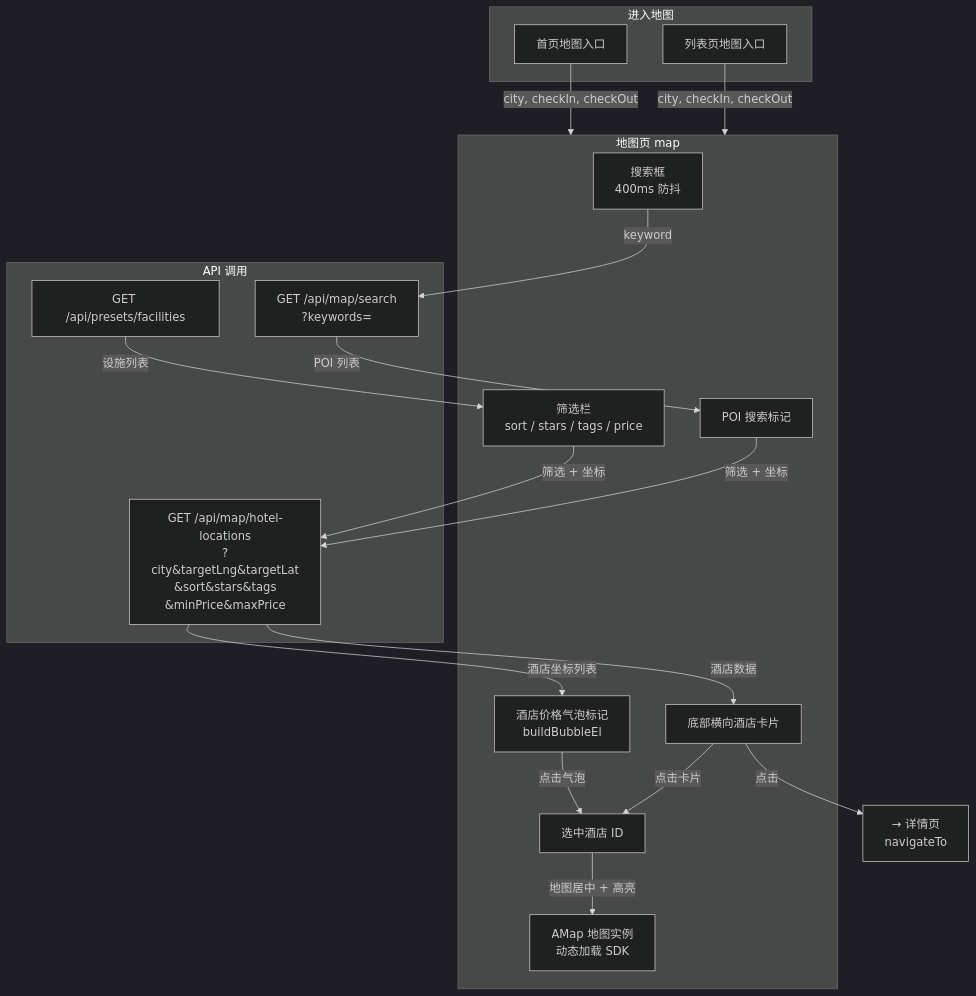
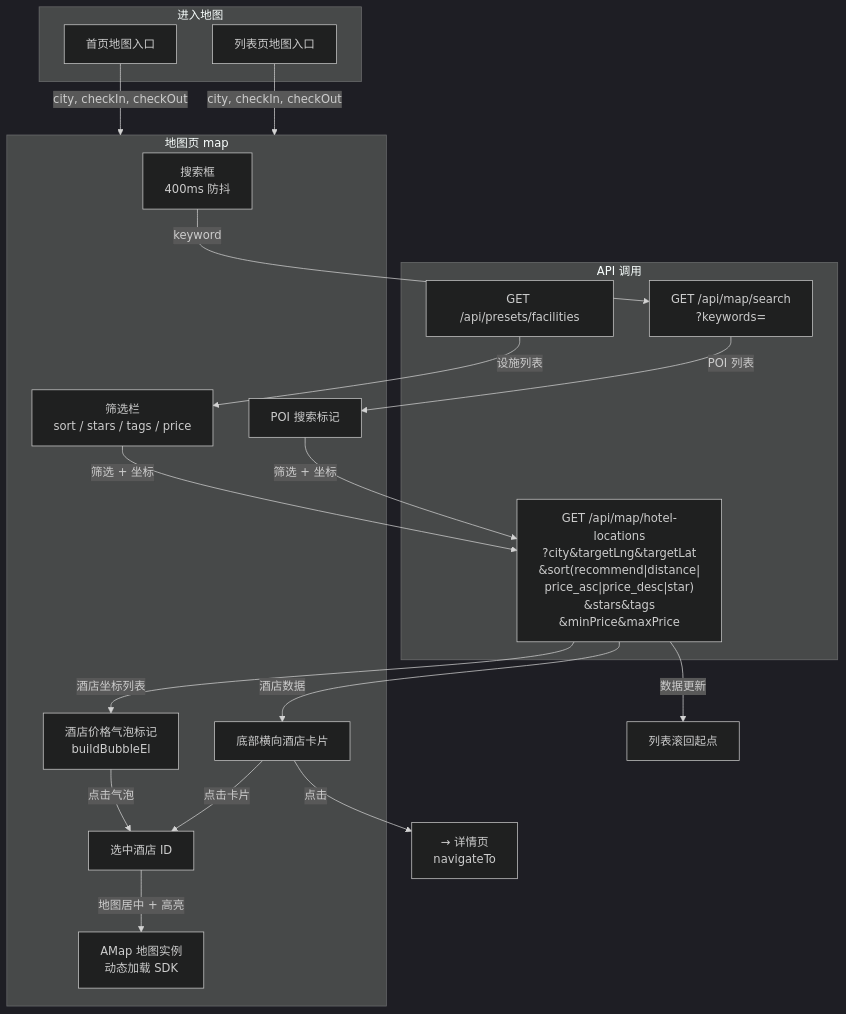
Before and after one commit to chendingya/EaseStay: the eighth of 12 diagrams in docs/mobile/mobile-dataflow.md, drawn with Mermaid (dark theme). The commit also changed 5 other files, not shown here.

Commit message:
feat(map): 优化地图搜索建议与筛选逻辑，增加距离排序功能

````diff
--- a/docs/mobile/mobile-dataflow.md
+++ b/docs/mobile/mobile-dataflow.md
@@ -350,36 +350,37 @@
 ```mermaid
 graph TB
     subgraph 入口["进入地图"]
         FromIndex["首页地图入口"]
         FromList["列表页地图入口"]
     end
 
     subgraph MapPage["地图页 map"]
         SearchInput["搜索框<br/>400ms 防抖"]
         FilterBar["筛选栏<br/>sort / stars / tags / price"]
         MapView["AMap 地图实例<br/>动态加载 SDK"]
         HotelMarkers["酒店价格气泡标记<br/>buildBubbleEl"]
         POIMarker["POI 搜索标记"]
         CardList["底部横向酒店卡片"]
         ActiveId["选中酒店 ID"]
     end
 
     subgraph APIs["API 调用"]
         SearchPOI["GET /api/map/search<br/>?keywords="]
-        FetchHotels["GET /api/map/hotel-locations<br/>?city&targetLng&targetLat<br/>&sort&stars&tags<br/>&minPrice&maxPrice"]
+        FetchHotels["GET /api/map/hotel-locations<br/>?city&targetLng&targetLat<br/>&sort(recommend|distance|<br/>price_asc|price_desc|star)<br/>&stars&tags<br/>&minPrice&maxPrice"]
         FetchTags["GET /api/presets/facilities"]
     end
 
     FromIndex & FromList -->|city, checkIn, checkOut| MapPage
     SearchInput -->|keyword| SearchPOI
     SearchPOI -->|POI 列表| POIMarker
     FilterBar & POIMarker -->|筛选 + 坐标| FetchHotels
     FetchHotels -->|酒店坐标列表| HotelMarkers
     FetchHotels -->|酒店数据| CardList
+    FetchHotels -->|数据更新| ScrollReset["列表滚回起点"]
     FetchTags -->|设施列表| FilterBar
 
     HotelMarkers -->|点击气泡| ActiveId
     CardList -->|点击卡片| ActiveId
     ActiveId -->|地图居中 + 高亮| MapView
     CardList -->|点击| Detail["→ 详情页<br/>navigateTo"]
 ```
````
